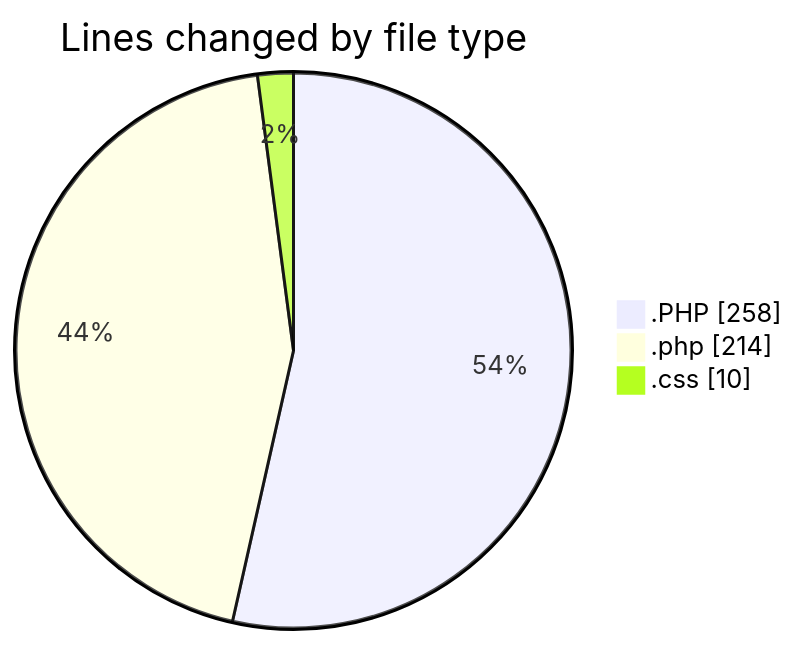
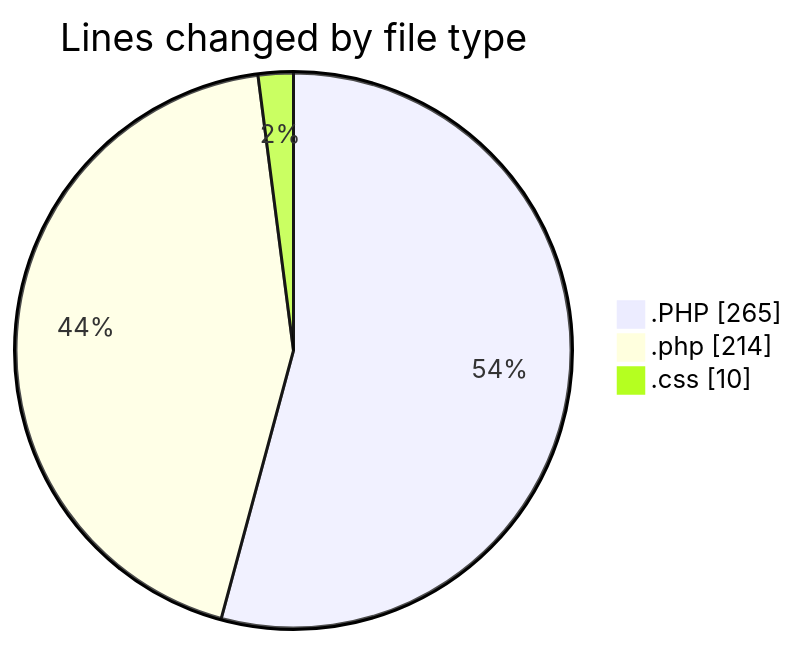
One commit to LanceThiago/code-tracking changed the first of 2 diagrams in 2025-05-15/jogo/README.md. Above: the diagram before and after it, drawn with Mermaid. The commit also changed other lines of this file and 1 other file, not shown here.

````diff
--- a/2025-05-15/jogo/README.md
+++ b/2025-05-15/jogo/README.md
@@ -22,7 +22,7 @@
 ```mermaid
 pie showData
 title Lines changed by file type
-".PHP" : 258
+".PHP" : 265
 ".php" : 214
 ".css" : 10
 ```
````
